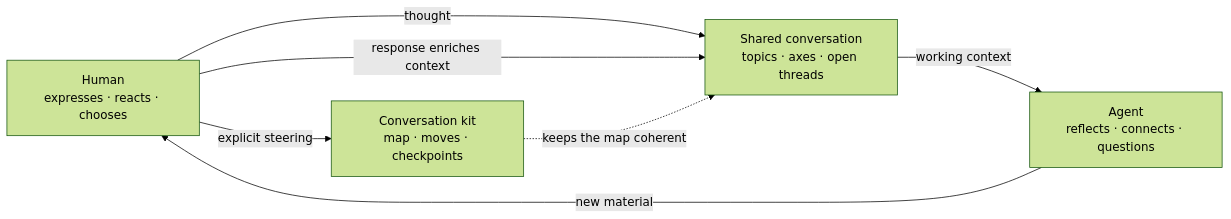
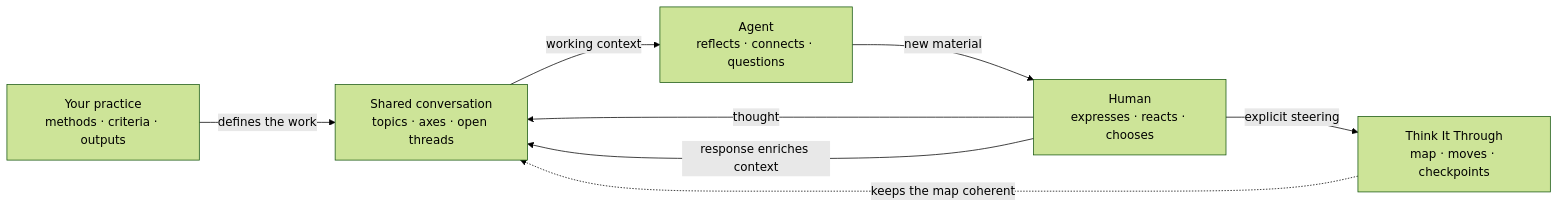
The first of 2 diagrams in README.md (control-decks/think-it-through), drawn with Mermaid (forest theme) before and after one commit. The commit also changed other lines of this file, not shown here.

```diff
--- a/README.md
+++ b/README.md
@@ -69,13 +69,15 @@
 ~~~mermaid
 flowchart LR
+    P["Your practice<br/>methods · criteria · outputs"]
     H["Human<br/>expresses · reacts · chooses"]
     C["Shared conversation<br/>topics · axes · open threads"]
     A["Agent<br/>reflects · connects · questions"]
-    K["Conversation kit<br/>map · moves · checkpoints"]
+    K["Think It Through<br/>map · moves · checkpoints"]
+    P -->|"defines the work"| C
     H -->|"thought"| C
     C -->|"working context"| A
     A -->|"new material"| H
     H -->|"response enriches context"| C
     H -->|"explicit steering"| K
     K -. "keeps the map coherent" .-> C
 ~~~
```
